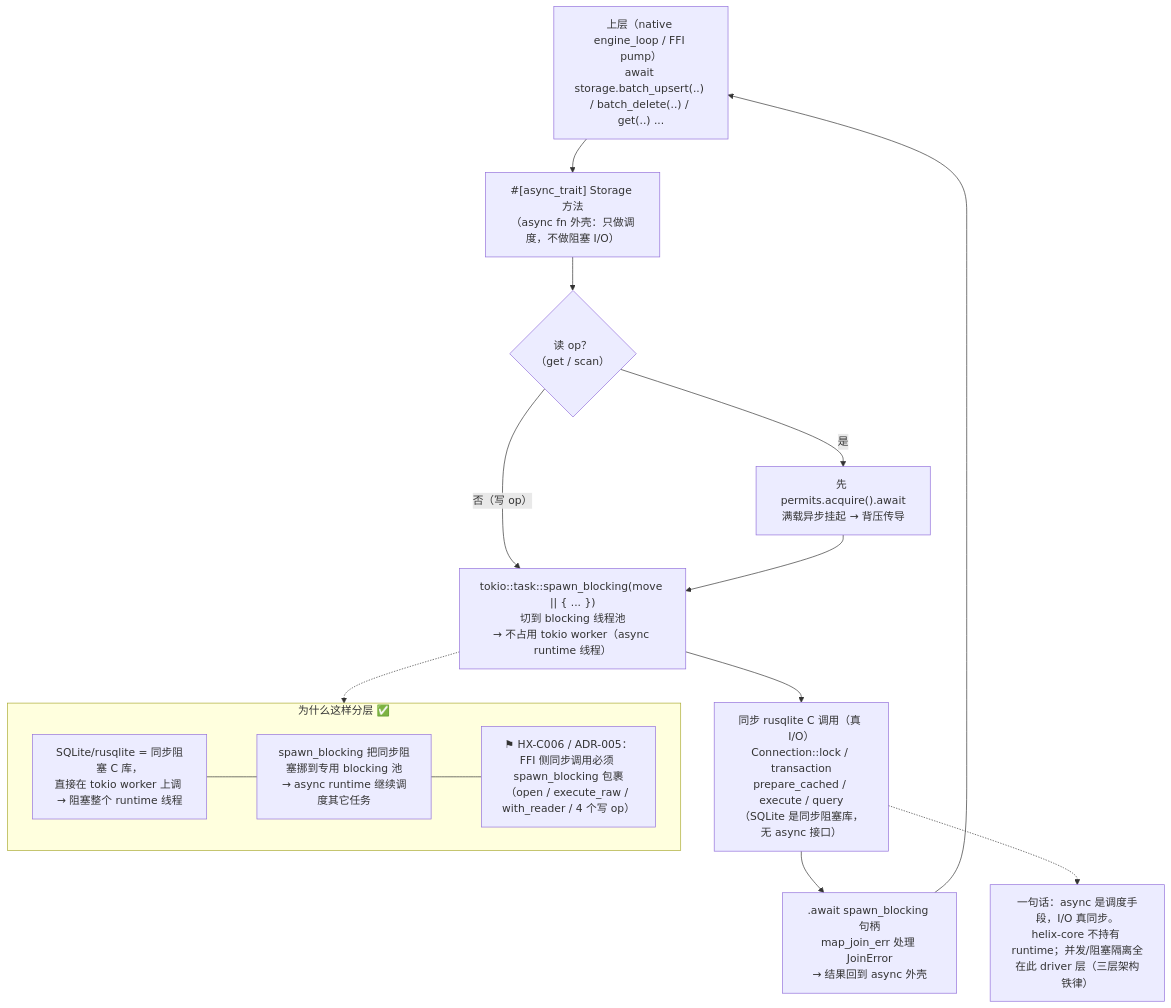
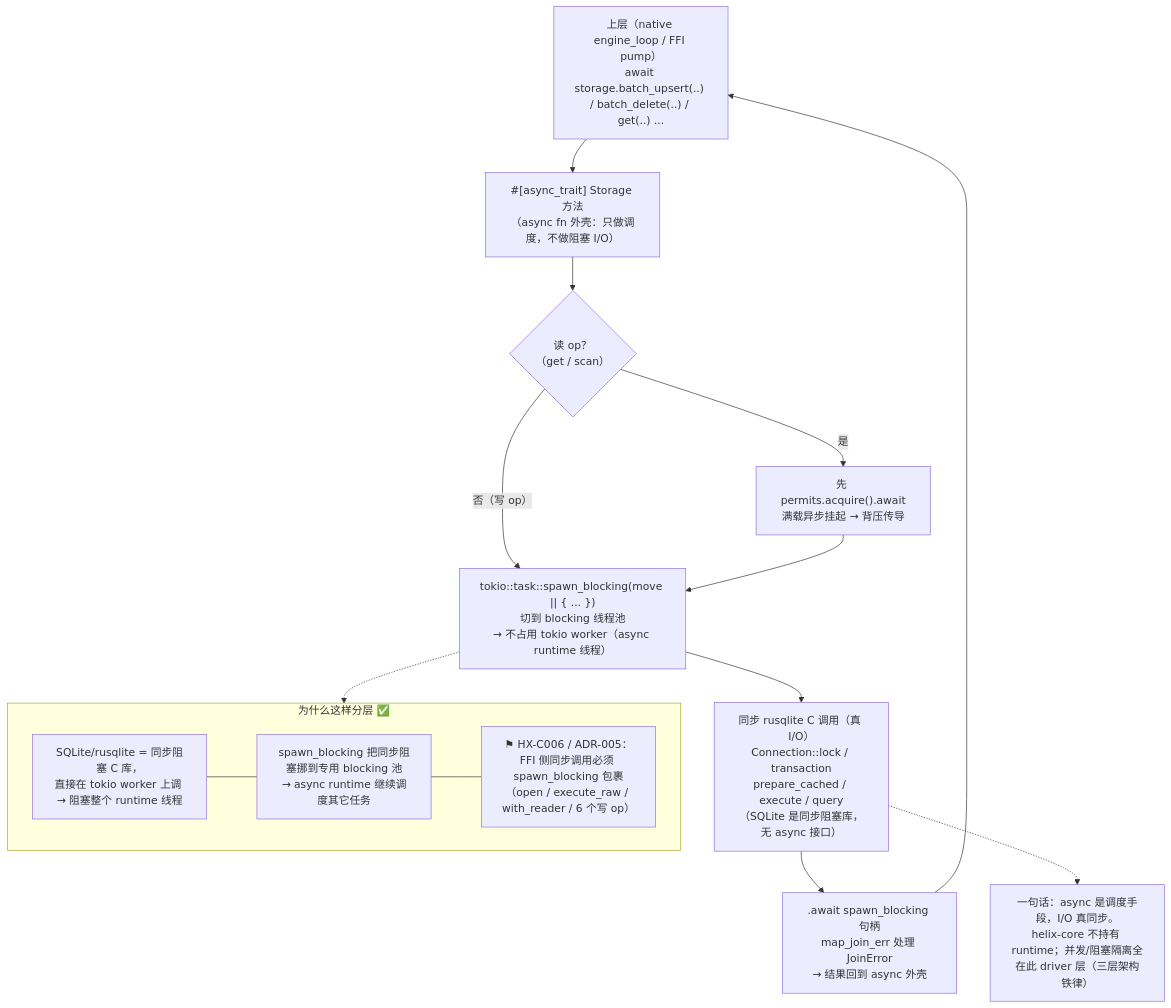
One commit to zxs1633079383/helix changed the diagram in crates/helix-driver-host/docs/design/04-async-shell-wraps-sync-io.mmd. Above: the diagram before and after it, drawn with Mermaid. The commit also changed 41 other files, not shown here.

```diff
--- a/crates/helix-driver-host/docs/design/04-async-shell-wraps-sync-io.mmd
+++ b/crates/helix-driver-host/docs/design/04-async-shell-wraps-sync-io.mmd
@@ -1,31 +1,31 @@
 %% Helix · helix-driver-host · 异步外壳包同步 I/O
 %% 真源：src/storage.rs（全部 Storage 方法的 spawn_blocking 模式 + with_reader）
 %% 关联：HX-C006（no unwind / 单 owner / spawn_blocking）· ADR-005（FFI 同步调用包 spawn_blocking）
 %% 命题：异步是调度手段，真正的 I/O 是同步的 rusqlite C 调用
 flowchart TD
     CALLER["上层（native engine_loop / FFI pump）\nawait storage.batch_upsert(..) / batch_delete(..) / get(..) ..."]
 
     CALLER --> ASYNC["#[async_trait] Storage 方法\n（async fn 外壳：只做调度，不做阻塞 I/O）"]
 
     ASYNC --> SEMA{"读 op？\n（get / scan）"}
     SEMA -->|"是"| ACQ["先 permits.acquire().await\n满载异步挂起 → 背压传导"]
     SEMA -->|"否（写 op）"| SB
 
     ACQ --> SB["tokio::task::spawn_blocking(move || { ... })\n切到 blocking 线程池\n→ 不占用 tokio worker（async runtime 线程）"]
 
     SB --> SYNC["同步 rusqlite C 调用（真 I/O）\nConnection::lock / transaction\nprepare_cached / execute / query\n（SQLite 是同步阻塞库，无 async 接口）"]
 
     SYNC --> RET[".await spawn_blocking 句柄\nmap_join_err 处理 JoinError\n→ 结果回到 async 外壳"]
 
     RET --> CALLER
 
     subgraph WHY["为什么这样分层 ✅"]
         WHY1["SQLite/rusqlite = 同步阻塞 C 库，\n直接在 tokio worker 上调 → 阻塞整个 runtime 线程"]
         WHY2["spawn_blocking 把同步阻塞挪到专用 blocking 池\n→ async runtime 继续调度其它任务"]
-        WHY3["⚑ HX-C006 / ADR-005：FFI 侧同步调用必须 spawn_blocking 包裹\n（open / execute_raw / with_reader / 4 个写 op）"]
+        WHY3["⚑ HX-C006 / ADR-005：FFI 侧同步调用必须 spawn_blocking 包裹\n（open / execute_raw / with_reader / 6 个写 op）"]
         WHY1 --- WHY2 --- WHY3
     end
     SB -.-> WHY
 
     note["一句话：async 是调度手段，I/O 真同步。\nhelix-core 不持有 runtime；并发/阻塞隔离全在此 driver 层（三层架构铁律）"]
     SYNC -.-> note
```
